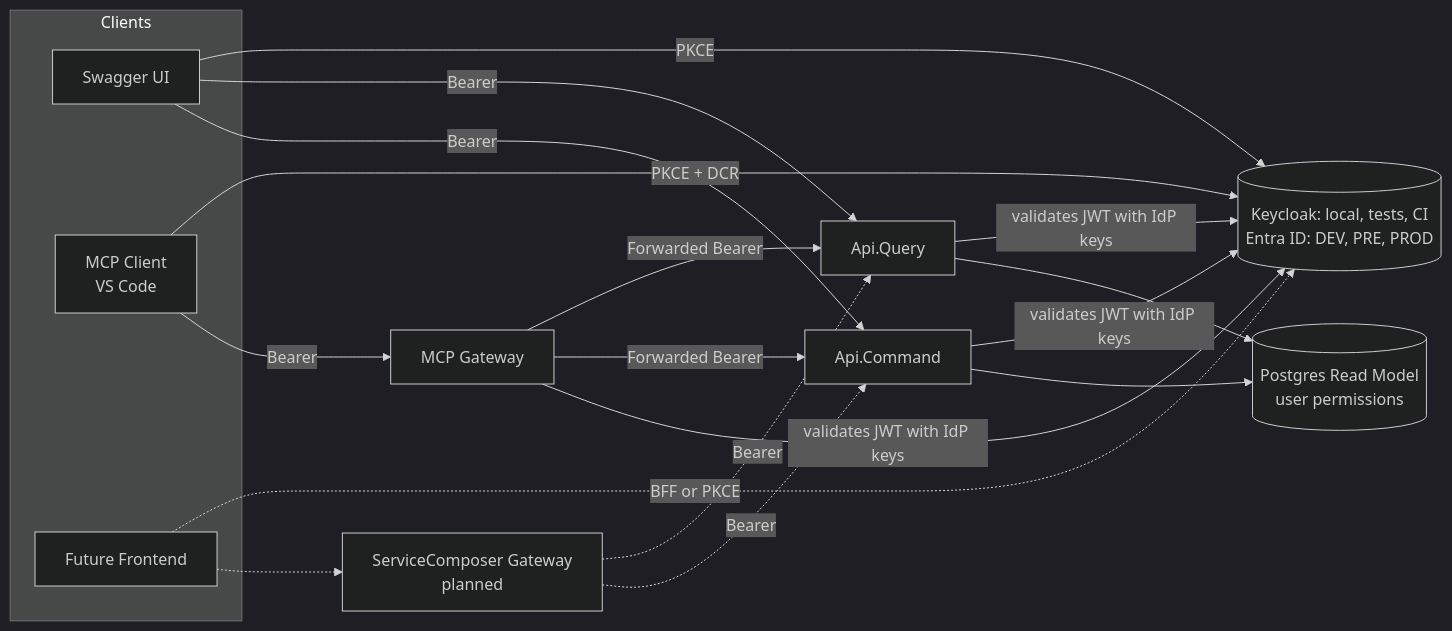
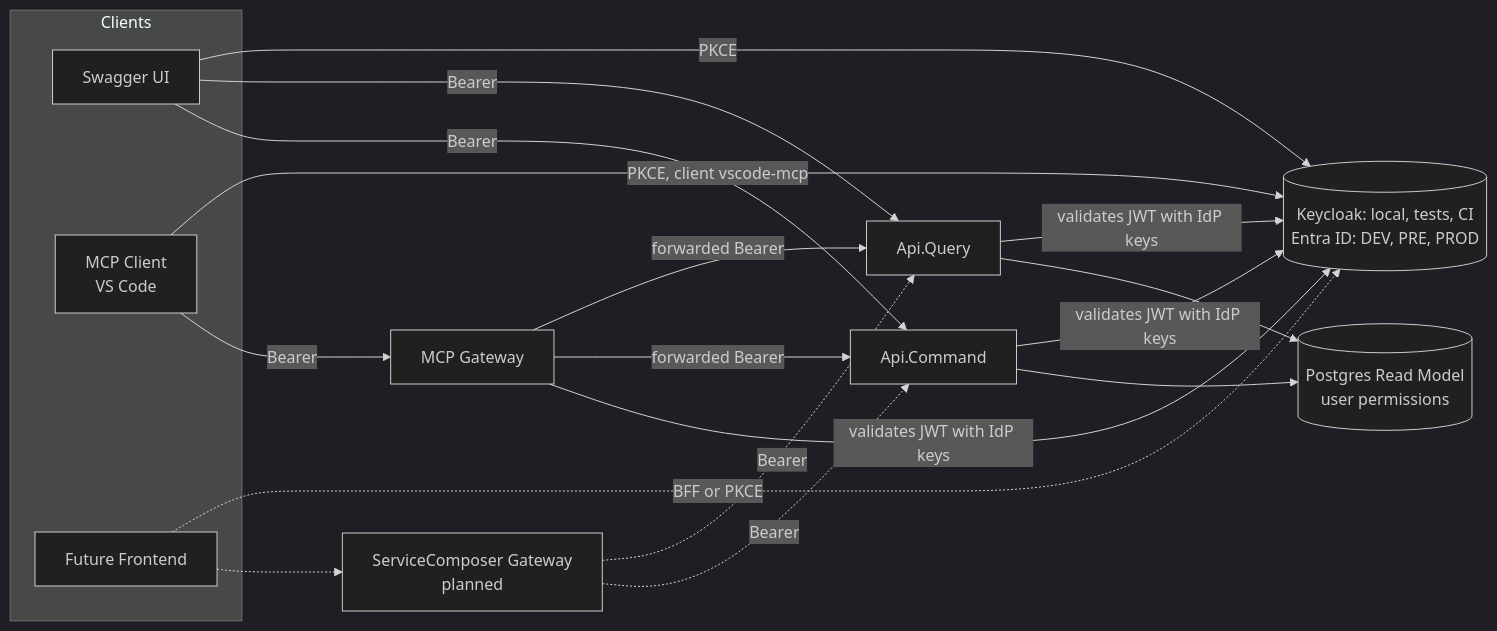
One commit to jordiaragonzaragoza/JordiAragonZaragoza.SharedKernel changed the first of 3 diagrams in src/JordiAragonZaragoza.SharedKernel.Presentation.HttpRestfulApi/Identity/Authentication.md. Above: the diagram before and after it, drawn with Mermaid (dark theme). The commit also changed other lines of this file and 2 other files, not shown here.

````diff
--- a/src/JordiAragonZaragoza.SharedKernel.Presentation.HttpRestfulApi/Identity/Authentication.md
+++ b/src/JordiAragonZaragoza.SharedKernel.Presentation.HttpRestfulApi/Identity/Authentication.md
@@ -74,34 +81,34 @@
 ```mermaid
 flowchart LR
     subgraph Clients
         SW[Swagger UI]
         MC[MCP Client<br/>VS Code]
         FE[Future Frontend]
     end
 
     IDP[(Keycloak: local, tests, CI<br/>Entra ID: DEV, PRE, PROD)]
     GW[ServiceComposer Gateway<br/>planned]
     MCP[MCP Gateway]
     Q[Api.Query]
     C[Api.Command]
     RM[(Postgres Read Model<br/>user permissions)]
 
     SW -- PKCE --> IDP
-    MC -- PKCE + DCR --> IDP
+    MC -- PKCE, client vscode-mcp --> IDP
     FE -. BFF or PKCE .-> IDP
 
     SW -- Bearer --> Q
     SW -- Bearer --> C
     MC -- Bearer --> MCP
     FE -.-> GW
     GW -. Bearer .-> Q
     GW -. Bearer .-> C
-    MCP -- Forwarded Bearer --> Q
-    MCP -- Forwarded Bearer --> C
+    MCP -- forwarded Bearer --> Q
+    MCP -- forwarded Bearer --> C
 
     Q -- validates JWT with IdP keys --> IDP
     C -- validates JWT with IdP keys --> IDP
     MCP -- validates JWT with IdP keys --> IDP
     Q --> RM
     C --> RM
 ```
````
